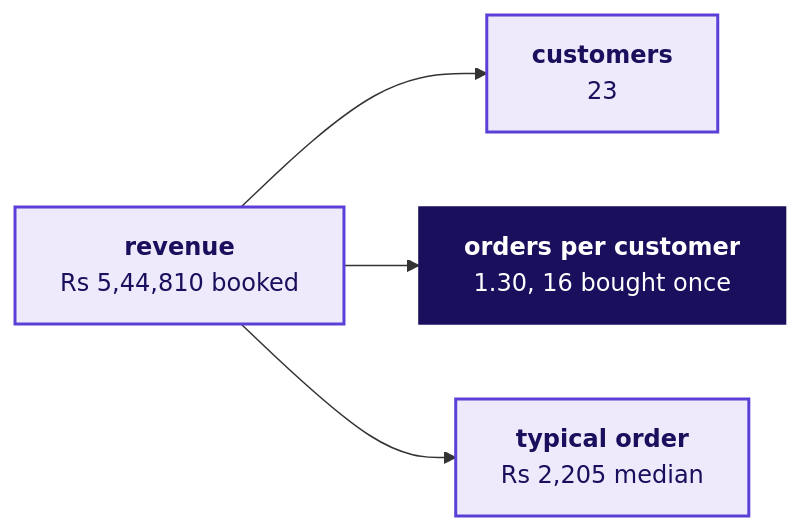
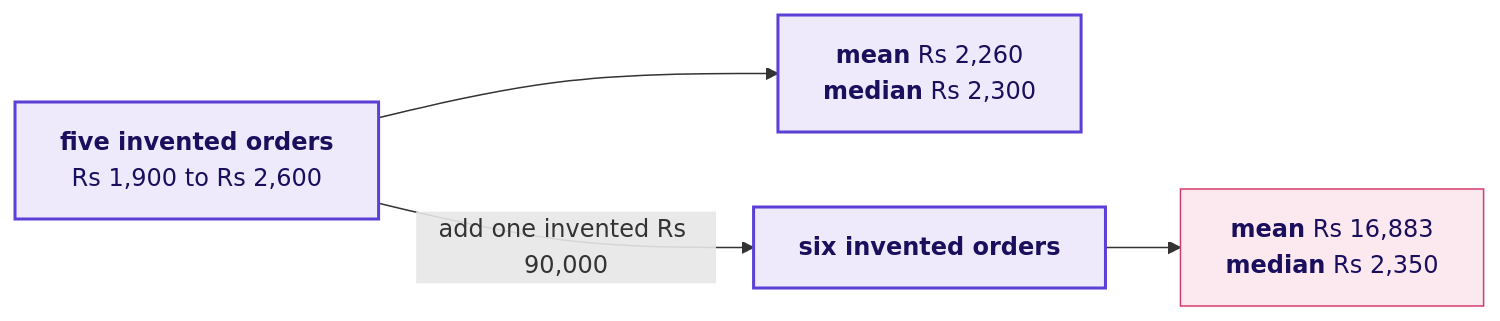
One commit to fde-academy-lab/c2-content-factory changed diagram 27 of 31 in content/W01/D1/slides/C2_W01_D01_half1_STUDENT.md. Above: the diagram before and after it, drawn with Mermaid. The commit also changed other lines of this file and 22 other files, not shown here.

````diff
--- a/content/W01/D1/slides/C2_W01_D01_half1_STUDENT.md
+++ b/content/W01/D1/slides/C2_W01_D01_half1_STUDENT.md
@@ -1100,10 +1542,10 @@
 ```mermaid
 flowchart LR
-    R["<b>revenue</b><br/>Rs 5,44,810 booked"] --> C["<b>customers</b><br/>23"]
-    R --> F["<b>orders per customer</b><br/>1.30, 16 bought once"]
-    R --> A["<b>typical order</b><br/>Rs 2,205 median"]
+    F["<b>five invented orders</b><br/>Rs 1,900 to Rs 2,600"] --> A1["<b>mean</b> Rs 2,260<br/><b>median</b> Rs 2,300"]
+    F -->|"add one invented Rs 90,000"| S["<b>six invented orders</b>"]
+    S --> A2["<b>mean</b> Rs 16,883<br/><b>median</b> Rs 2,350"]
     classDef known fill:#EEEAFB,stroke:#5B3FD6,color:#1A0F5C,stroke-width:2px
-    classDef bet fill:#1A0F5C,stroke:#1A0F5C,color:#FFFFFF
-    class R,C,A known
-    class F bet
+    classDef bad fill:#FBE9EF,stroke:#D63A6A,color:#1A0F5C
+    class F,A1,S known
+    class A2 bad
 ```
````
